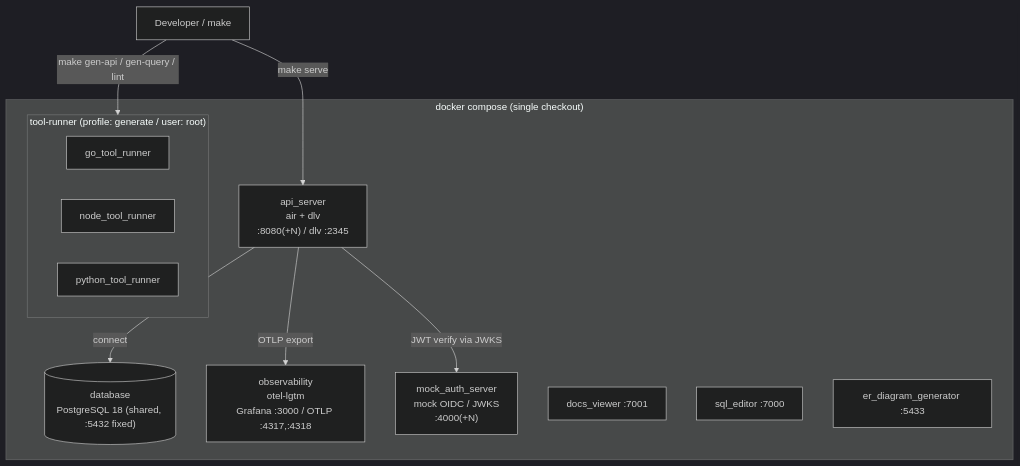
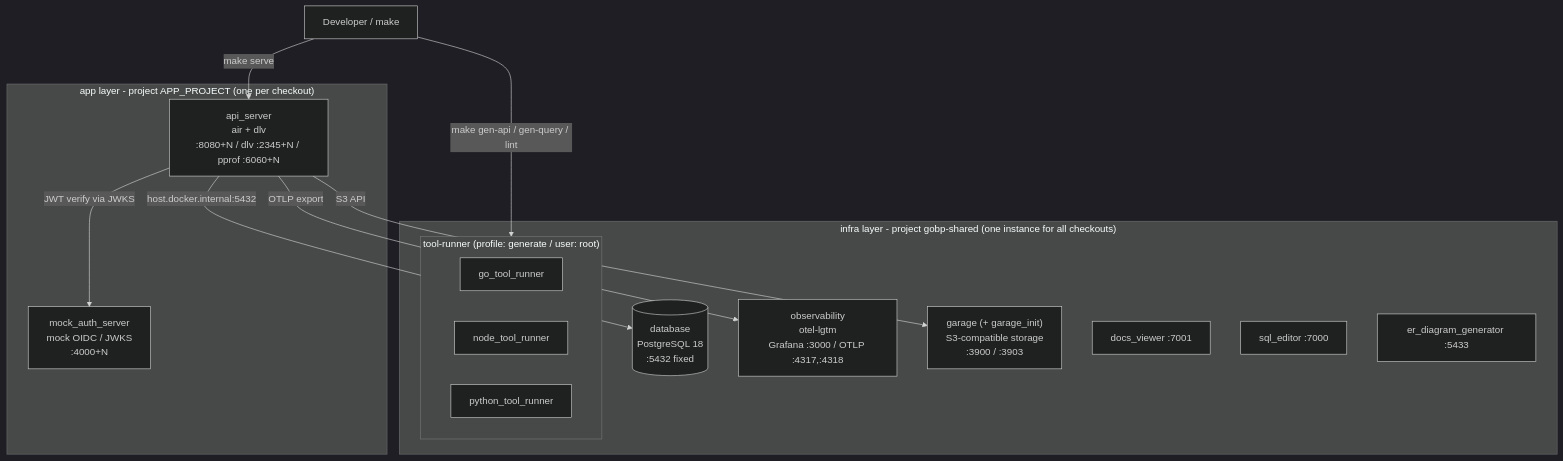
Before and after one commit to Tomy-ch/go-boilerplate: the first of 2 diagrams in docs/maintenance/local-environment.md, drawn with Mermaid (dark theme). The commit also changed other lines of this file and 9 other files, not shown here.

````diff
--- a/docs/maintenance/local-environment.md
+++ b/docs/maintenance/local-environment.md
@@ -18,25 +18,30 @@
 ```mermaid
 graph TB
   dev["Developer / make"]
 
-  subgraph compose["docker compose (single checkout)"]
-    api["api_server<br/>air + dlv<br/>:8080(+N) / dlv :2345"]
-    db[("database<br/>PostgreSQL 18 (shared, :5432 fixed)")]
+  subgraph infra["infra layer - project gobp-shared (one instance for all checkouts)"]
+    db[("database<br/>PostgreSQL 18<br/>:5432 fixed")]
     obs["observability<br/>otel-lgtm<br/>Grafana :3000 / OTLP :4317,:4318"]
-    auth["mock_auth_server<br/>mock OIDC / JWKS<br/>:4000(+N)"]
+    gar["garage (+ garage_init)<br/>S3-compatible storage<br/>:3900 / :3903"]
     docs["docs_viewer :7001"]
     sql["sql_editor :7000"]
     er["er_diagram_generator :5433"]
     subgraph runners["tool-runner (profile: generate / user: root)"]
       go["go_tool_runner"]
       node["node_tool_runner"]
       py["python_tool_runner"]
     end
   end
 
+  subgraph app["app layer - project APP_PROJECT (one per checkout)"]
+    api["api_server<br/>air + dlv<br/>:8080+N / dlv :2345+N / pprof :6060+N"]
+    auth["mock_auth_server<br/>mock OIDC / JWKS<br/>:4000+N"]
+  end
+
   dev -->|make serve| api
   dev -->|make gen-api / gen-query / lint| runners
-  api -->|connect| db
+  api -->|host.docker.internal:5432| db
   api -->|OTLP export| obs
+  api -->|S3 API| gar
   api -->|JWT verify via JWKS| auth
 ```
````
